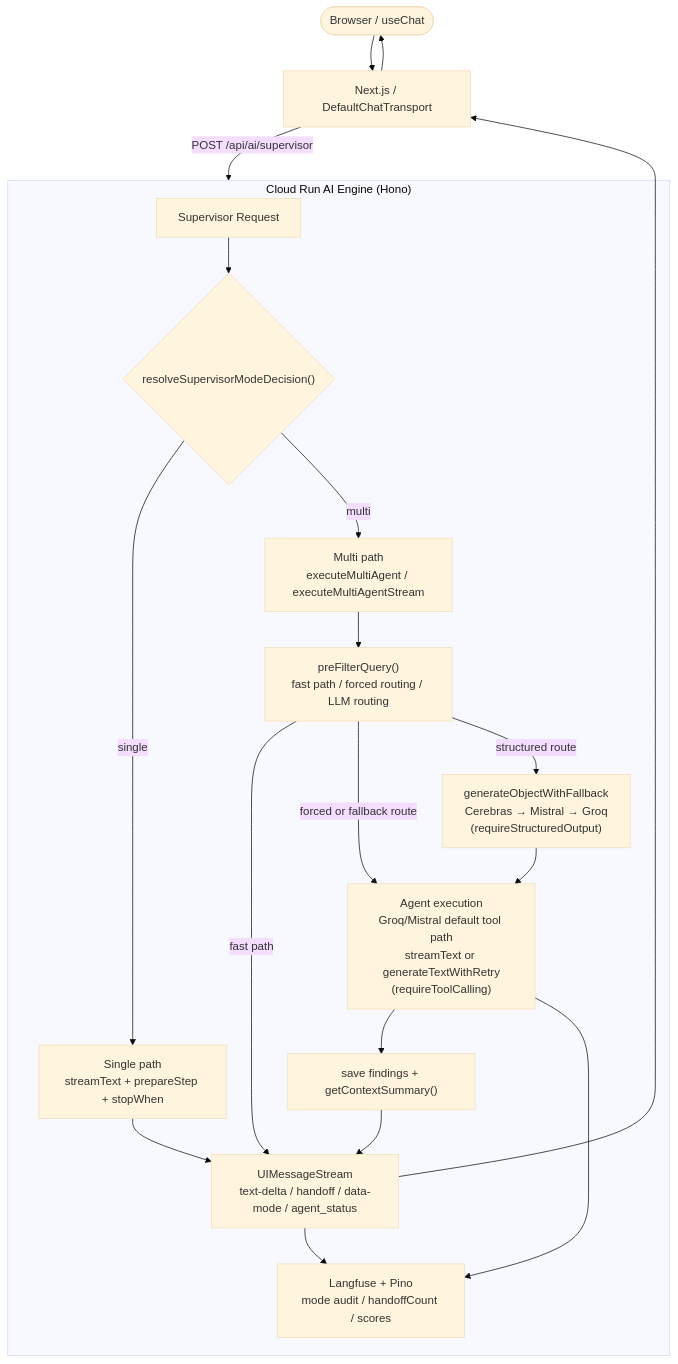
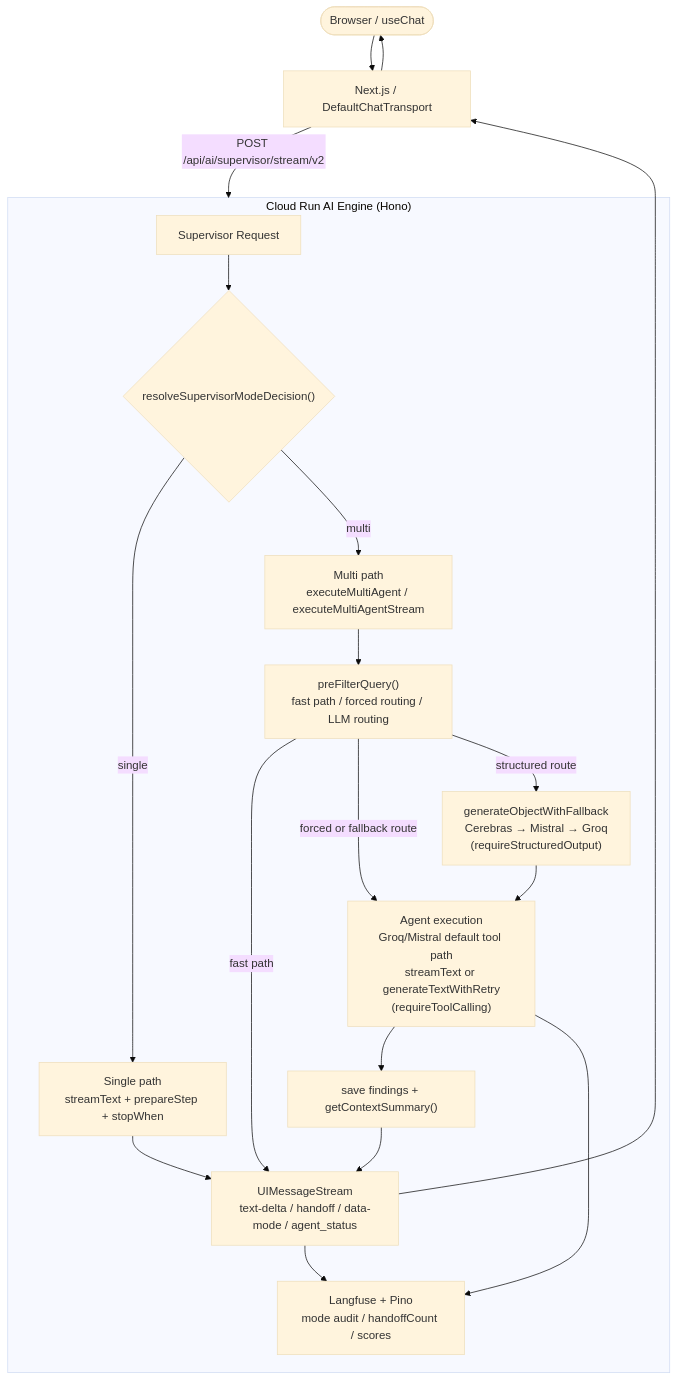
The first of 2 diagrams in docs/reference/architecture/ai/ai-engine-architecture.md (skyasu2/openmanager-ai), drawn with Mermaid (base theme) before and after one commit. The commit also changed other lines of this file and 3 other files, not shown here.

````diff
--- a/docs/reference/architecture/ai/ai-engine-architecture.md
+++ b/docs/reference/architecture/ai/ai-engine-architecture.md
@@ -90,34 +90,34 @@
 ```mermaid
 flowchart TB
     User([Browser / useChat]) --> Vercel["Next.js / DefaultChatTransport"]
-    Vercel -->|POST /api/ai/supervisor| CR
+    Vercel -->|POST /api/ai/supervisor/stream/v2| CR
 
     subgraph CR["Cloud Run AI Engine (Hono)"]
         Entry["Supervisor Request"]
         Mode{"resolveSupervisorModeDecision()"}
         Single["Single path\nstreamText + prepareStep + stopWhen"]
         Multi["Multi path\nexecuteMultiAgent / executeMultiAgentStream"]
         Prefilter["preFilterQuery()\nfast path / forced routing / LLM routing"]
         Route["generateObjectWithFallback\nCerebras → Mistral → Groq\n(requireStructuredOutput)"]
         Agent["Agent execution\nGroq/Mistral default tool path\nstreamText or generateTextWithRetry\n(requireToolCalling)"]
         Context["save findings + getContextSummary()"]
         Stream["UIMessageStream\ntext-delta / handoff / data-mode / agent_status"]
         Trace["Langfuse + Pino\nmode audit / handoffCount / scores"]
 
         Entry --> Mode
         Mode -->|single| Single
         Mode -->|multi| Multi
         Multi --> Prefilter
         Prefilter -->|fast path| Stream
         Prefilter -->|forced or fallback route| Agent
         Prefilter -->|structured route| Route
         Route --> Agent
         Agent --> Context
         Context --> Stream
         Single --> Stream
         Stream --> Trace
         Agent --> Trace
     end
 
     Stream --> Vercel --> User
 ```
````
